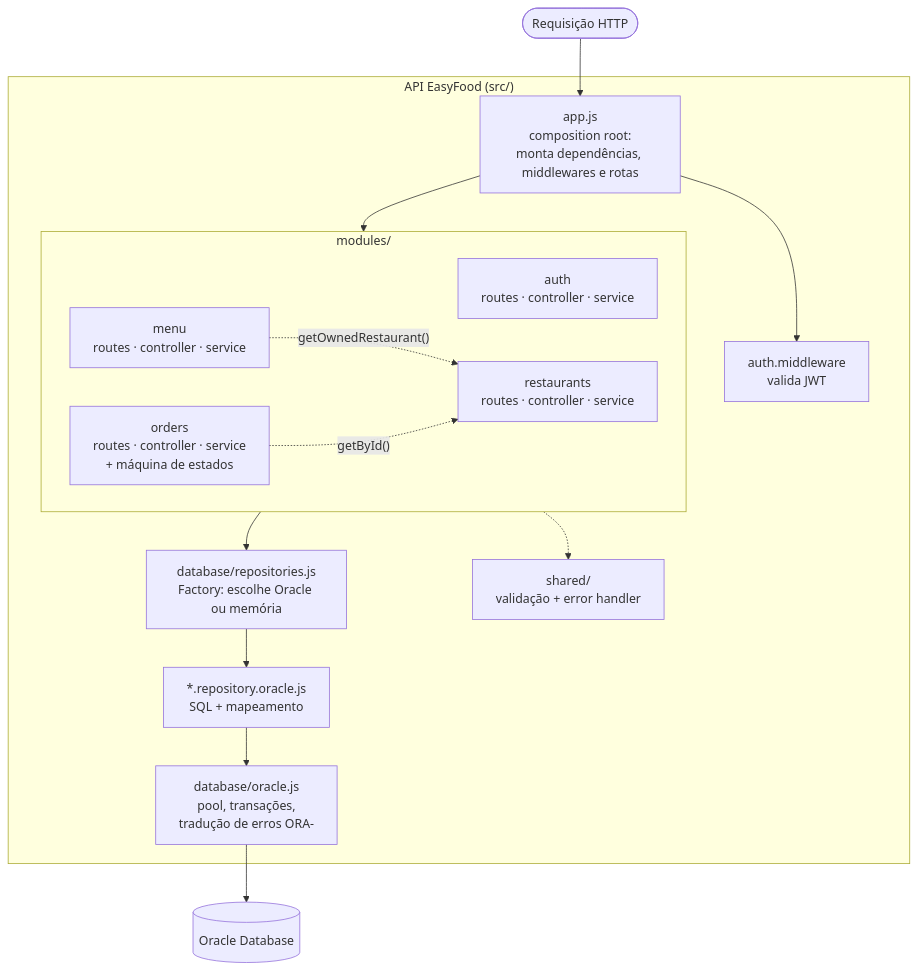
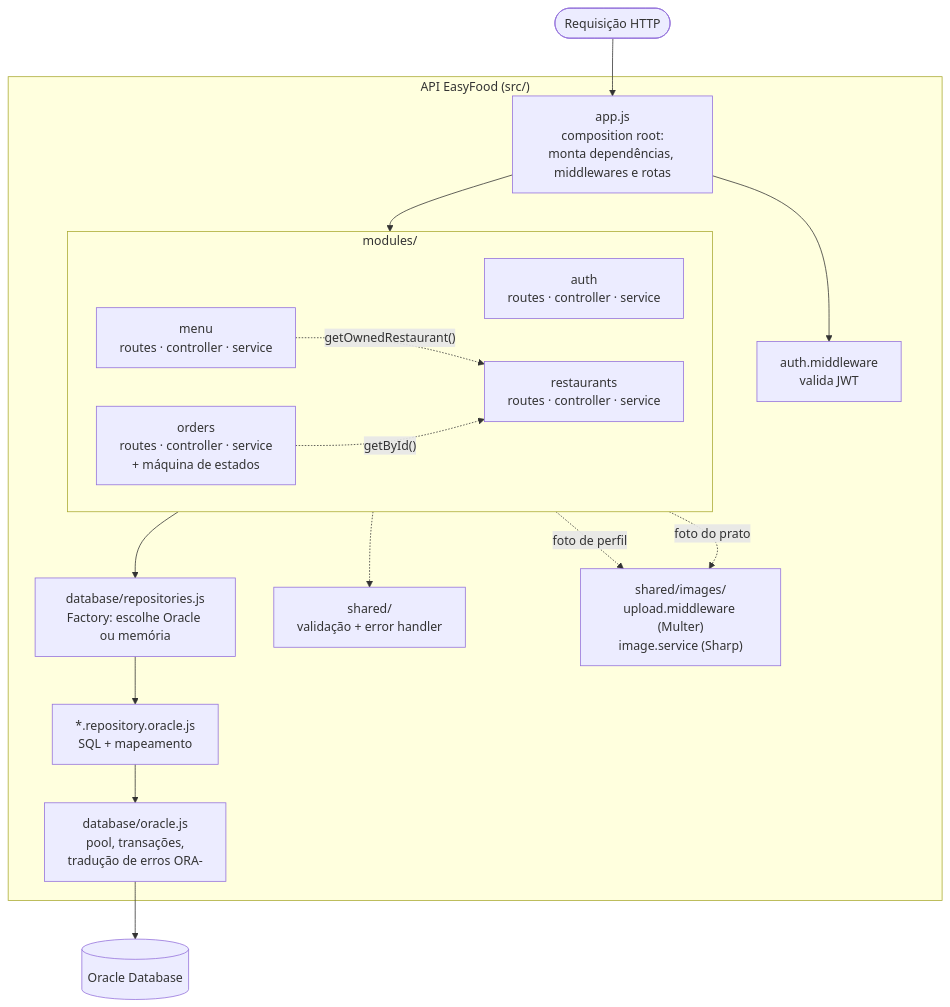
One commit to ViancoDeviolo/easyfood changed the fourth of 7 diagrams in docs/arquitetura.md. Above: the diagram before and after it, drawn with Mermaid. The commit also changed other lines of this file and 40 other files, not shown here.

````diff
--- a/docs/arquitetura.md
+++ b/docs/arquitetura.md
@@ -77,29 +77,32 @@
 ```mermaid
 flowchart TB
     req(["Requisição HTTP"]) --> app
 
     subgraph API["API EasyFood (src/)"]
         app["app.js<br/>composition root:<br/>monta dependências, middlewares e rotas"]
         mw["auth.middleware<br/>valida JWT"]
 
         subgraph modules["modules/"]
             direction LR
             auth["auth<br/>routes · controller · service"]
             rest["restaurants<br/>routes · controller · service"]
             menu["menu<br/>routes · controller · service"]
             orders["orders<br/>routes · controller · service<br/>+ máquina de estados"]
         end
 
         factory["database/repositories.js<br/>Factory: escolhe Oracle ou memória"]
         repos["*.repository.oracle.js<br/>SQL + mapeamento"]
         oracle["database/oracle.js<br/>pool, transações,<br/>tradução de erros ORA-"]
         errors["shared/<br/>validação + error handler"]
+        images["shared/images/<br/>upload.middleware (Multer)<br/>image.service (Sharp)"]
     end
 
     app --> mw
     app --> modules
     menu -. "getOwnedRestaurant()" .-> rest
     orders -. "getById()" .-> rest
     modules --> factory --> repos --> oracle --> db[("Oracle Database")]
     modules -.-> errors
+    auth -. "foto de perfil" .-> images
+    menu -. "foto do prato" .-> images
 ```
````
